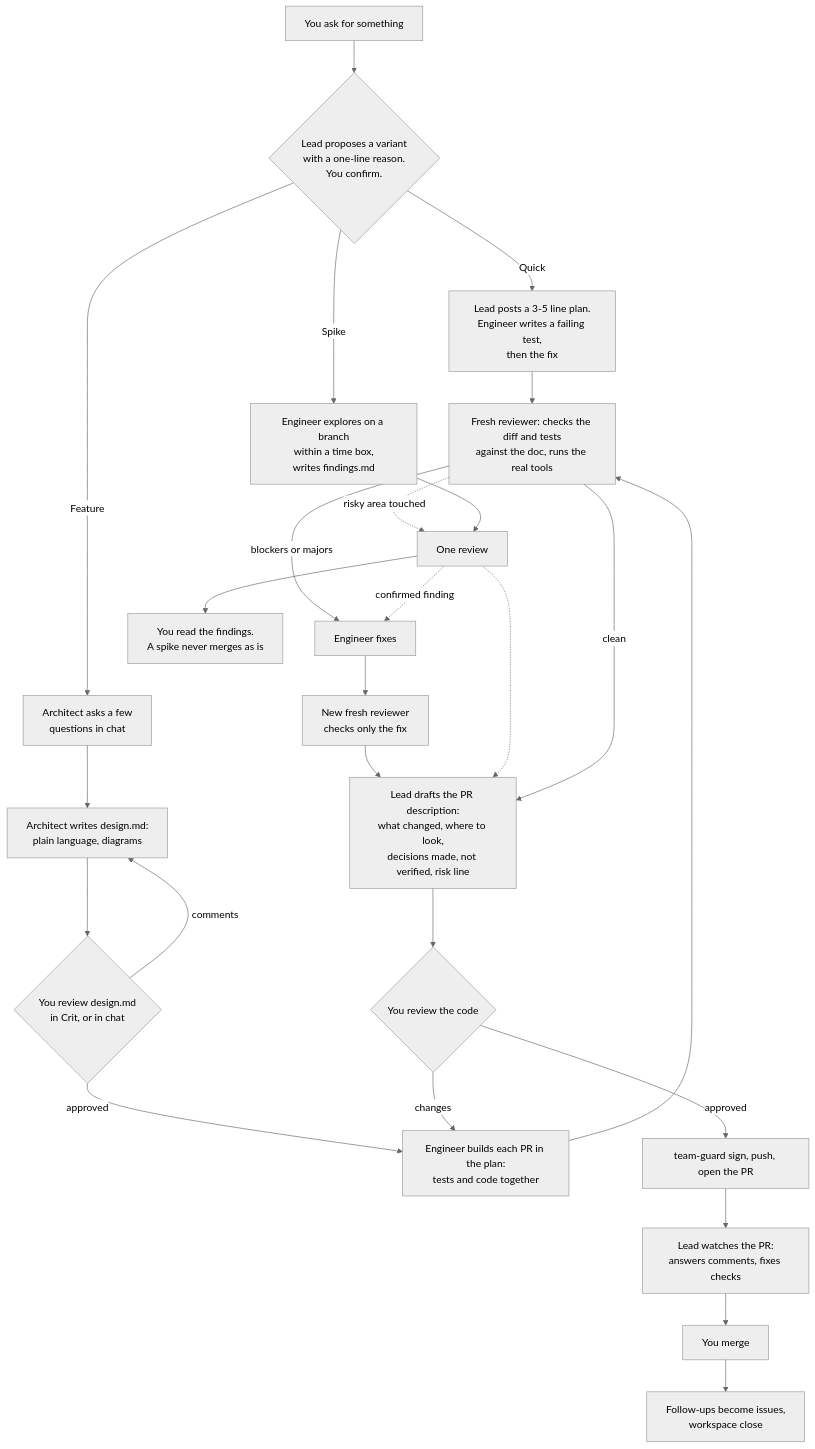
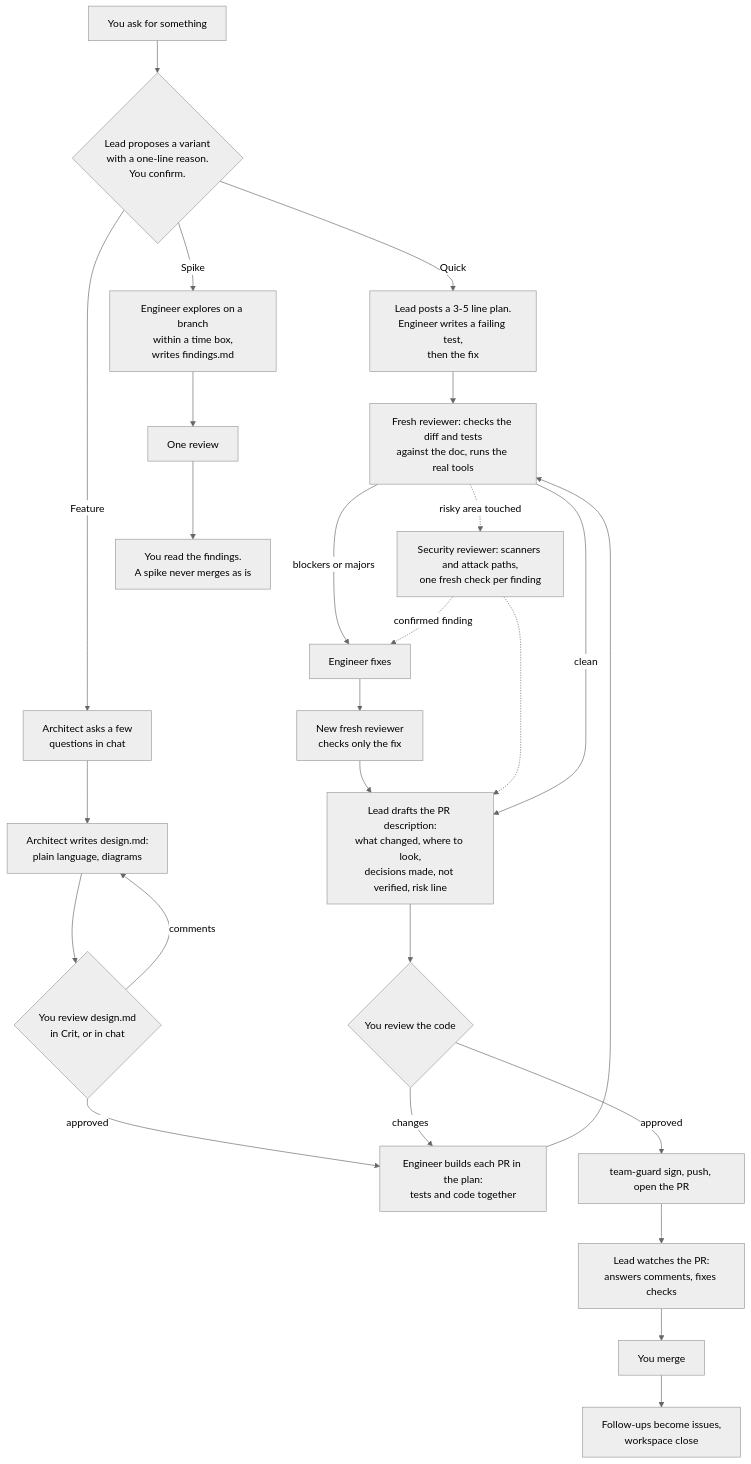
Before and after one commit to inf0rmer/agentic-workflow: the diagram in docs/workflow.md, drawn with Mermaid (neutral theme). The commit also changed 15 other files, not shown here.

First line of the commit message:
Tighten the security reviewer and the vendored review skill

````diff
--- a/docs/workflow.md
+++ b/docs/workflow.md
@@ -5,26 +5,26 @@
 ```mermaid
 flowchart TD
     A[You ask for something] --> B{Lead proposes a variant<br/>with a one-line reason.<br/>You confirm.}
     B -->|Quick| Q[Lead posts a 3-5 line plan.<br/>Engineer writes a failing test,<br/>then the fix]
     B -->|Spike| S[Engineer explores on a branch<br/>within a time box,<br/>writes findings.md]
     B -->|Feature| F1[Architect asks a few<br/>questions in chat]
     F1 --> F2[Architect writes design.md:<br/>plain language, diagrams]
     F2 --> F3{You review design.md<br/>in Crit, or in chat}
     F3 -->|comments| F2
     F3 -->|approved| F4[Engineer builds each PR in the plan:<br/>tests and code together]
     Q --> R
     F4 --> R[Fresh reviewer: checks the diff and tests<br/>against the doc, runs the real tools]
     R -->|blockers or majors| X[Engineer fixes] --> R2[New fresh reviewer<br/>checks only the fix]
     R2 --> P
-    R -.->|risky area touched| SR[Security reviewer: scanners and attack paths,<br/>one fresh check per finding]
-    SR -.->|confirmed finding| X
-    SR -.-> P
+    R -.->|risky area touched| SEC[Security reviewer: scanners and attack paths,<br/>one fresh check per finding]
+    SEC -.->|confirmed finding| X
+    SEC -.-> P
     R -->|clean| P[Lead drafts the PR description:<br/>what changed, where to look,<br/>decisions made, not verified, risk line]
     S --> SR[One review] --> SH[You read the findings.<br/>A spike never merges as is]
     P --> H{You review the code}
     H -->|changes| F4
     H -->|approved| G[team-guard sign, push, open the PR]
     G --> W[Lead watches the PR:<br/>answers comments, fixes checks]
     W --> M[You merge]
     M --> C[Follow-ups become issues,<br/>workspace close]
 ```
````
